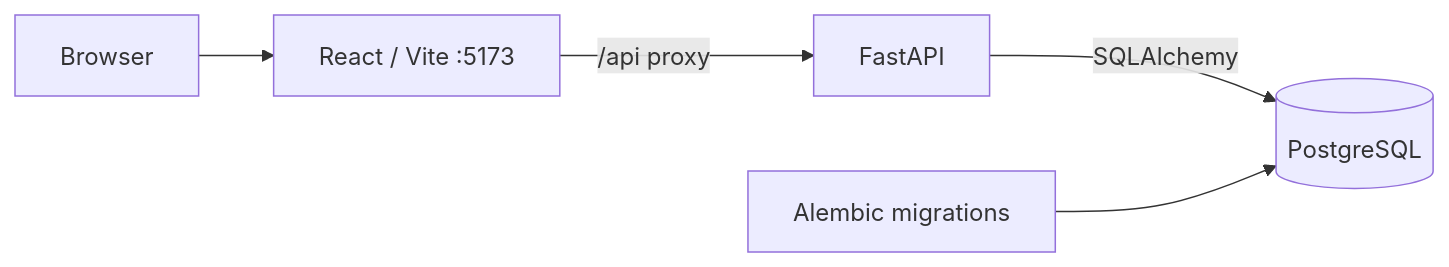
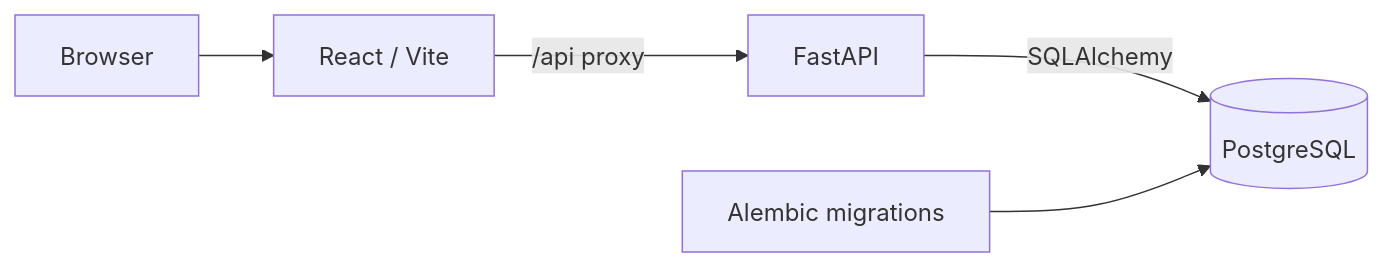
One commit to timi1ch/dac-lab changed the diagram in README.md. Above: the diagram before and after it, drawn with Mermaid.

````diff
--- a/README.md
+++ b/README.md
@@ -129,7 +129,7 @@
 ```mermaid
 flowchart LR
-    Browser[Browser] --> Frontend[React / Vite :5173]
+    Browser[Browser] --> Frontend[React / Vite]
     Frontend -->|/api proxy| Backend[FastAPI]
     Backend -->|SQLAlchemy| Database[(PostgreSQL)]
     Migrations[Alembic migrations] --> Database
 ```
````
